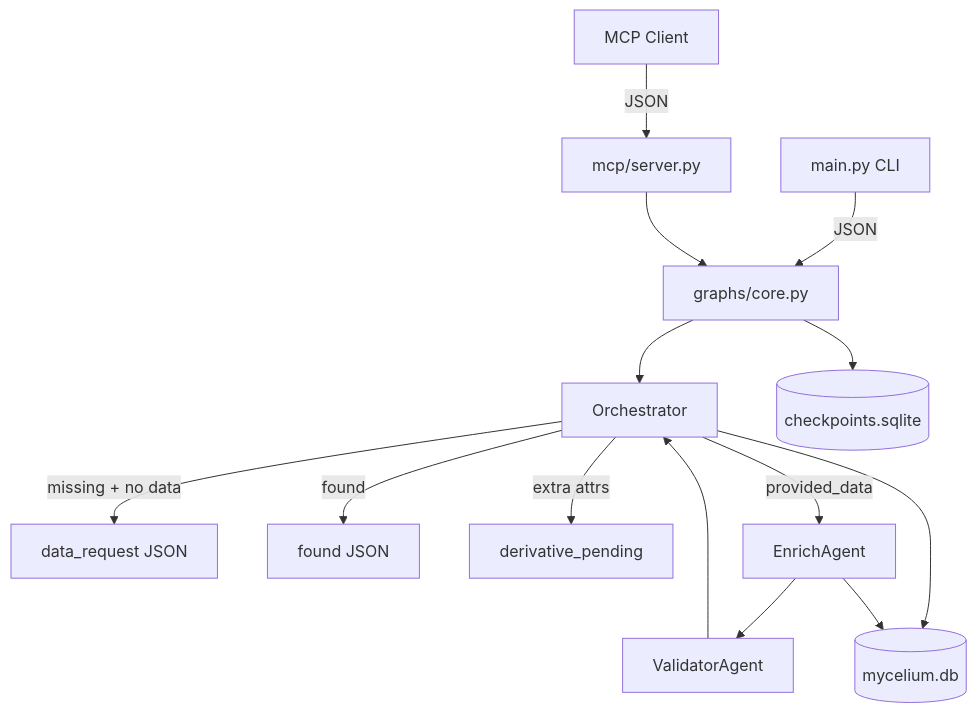
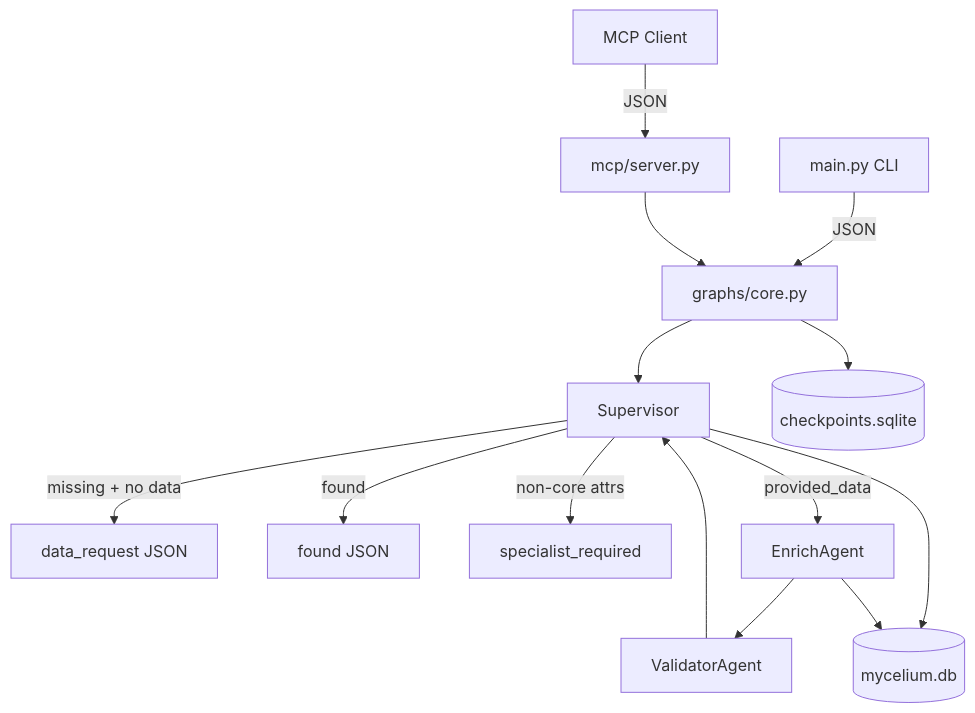
One commit to myceliumdata/mycelium changed the diagram in README.md. Above: the diagram before and after it, drawn with Mermaid. The commit also changed other lines of this file and 4 other files, not shown here.

````diff
--- a/README.md
+++ b/README.md
@@ -26,16 +28,16 @@
 ```mermaid
 flowchart TD
     MCP[MCP Client] -->|JSON| MCPServer[mcp/server.py]
     CLI[main.py CLI] -->|JSON| Graph
     MCPServer --> Graph[graphs/core.py]
-    Graph --> O[Orchestrator]
-    O -->|missing + no data| DR[data_request JSON]
-    O -->|found| RES[found JSON]
-    O -->|extra attrs| DER[derivative_pending]
-    O -->|provided_data| E[EnrichAgent]
+    Graph --> S[Supervisor]
+    S -->|missing + no data| DR[data_request JSON]
+    S -->|found| RES[found JSON]
+    S -->|non-core attrs| SR[specialist_required]
+    S -->|provided_data| E[EnrichAgent]
     E --> V[ValidatorAgent]
-    V --> O
+    V --> S
     Graph --> CP[(checkpoints.sqlite)]
-    O --> DB[(mycelium.db)]
+    S --> DB[(mycelium.db)]
     E --> DB
 ```
````
